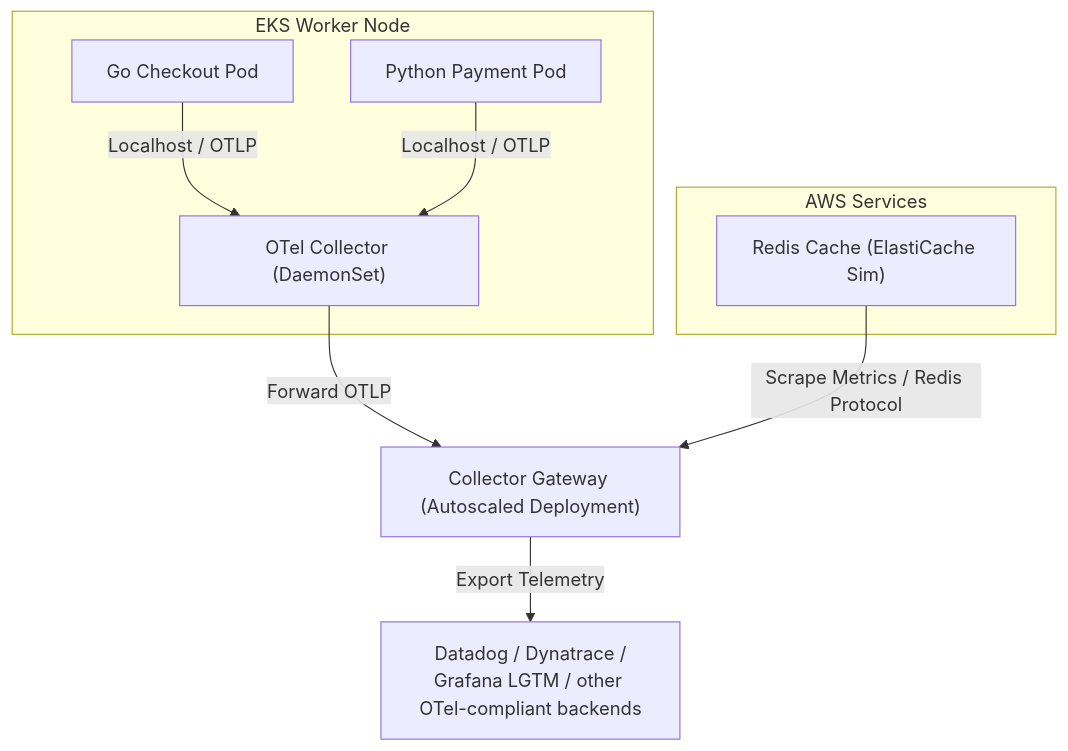
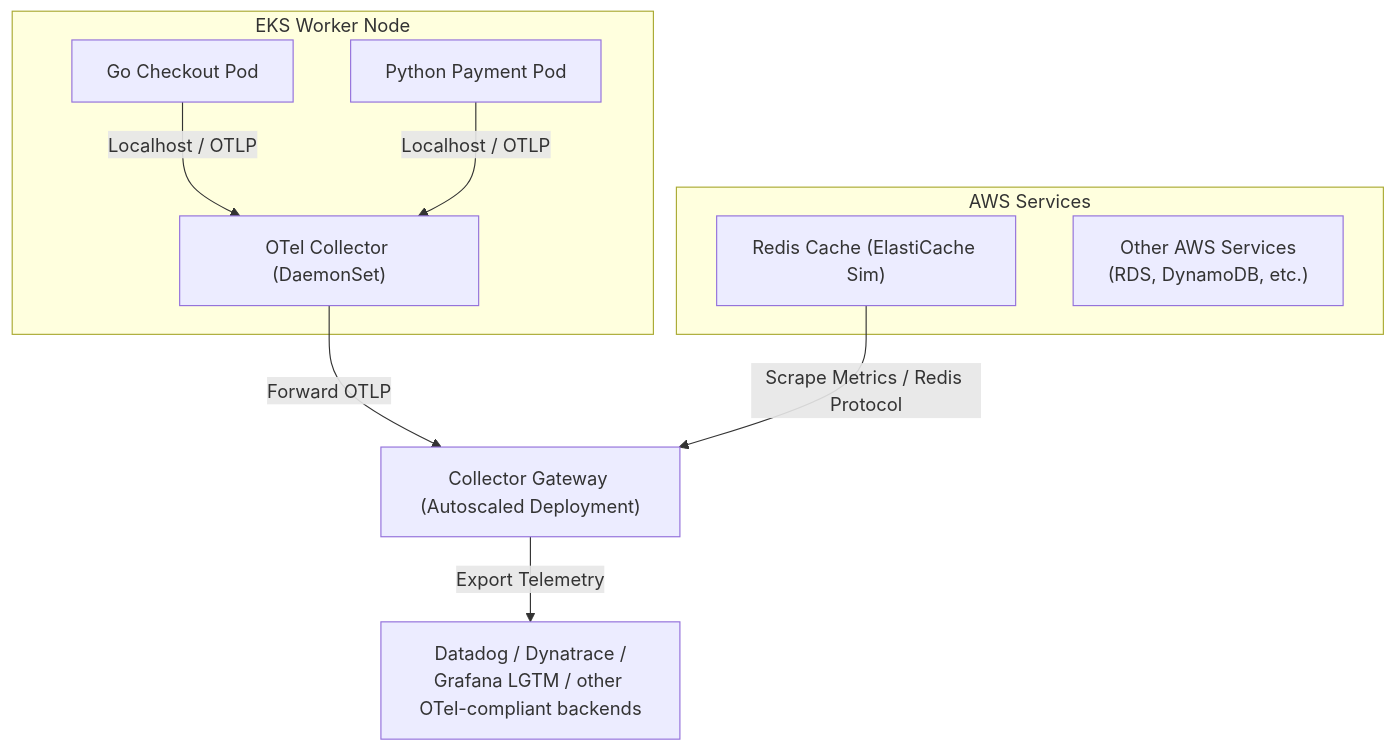
One commit to ok-karthik/otel-observability-platform-on-eks changed the diagram in README.md. Above: the diagram before and after it, drawn with Mermaid.

Commit message:
docs: add other AWS services placeholder to system architecture diagram in README

````diff
--- a/README.md
+++ b/README.md
@@ -17,15 +17,16 @@
 ```mermaid
 graph TD
     subgraph EKSNode["EKS Worker Node"]
         GoPod["Go Checkout Pod"] -->|Localhost / OTLP| NodeAgent["OTel Collector (DaemonSet)"]
         PyPod["Python Payment Pod"] -->|Localhost / OTLP| NodeAgent
     end
 
     subgraph AWSServices["AWS Services"]
         RedisPod["Redis Cache (ElastiCache Sim)"]
+        OtherServices["Other AWS Services<br/>(RDS, DynamoDB, etc.)"]
     end
     
     NodeAgent -->|Forward OTLP| CollectorGateway["Collector Gateway (Autoscaled Deployment)"]
     RedisPod -->|Scrape Metrics / Redis Protocol| CollectorGateway
     CollectorGateway -->|Export Telemetry| Backends["Datadog / Dynatrace /<br/>Grafana LGTM / other OTel-compliant backends"]
 ```
````
